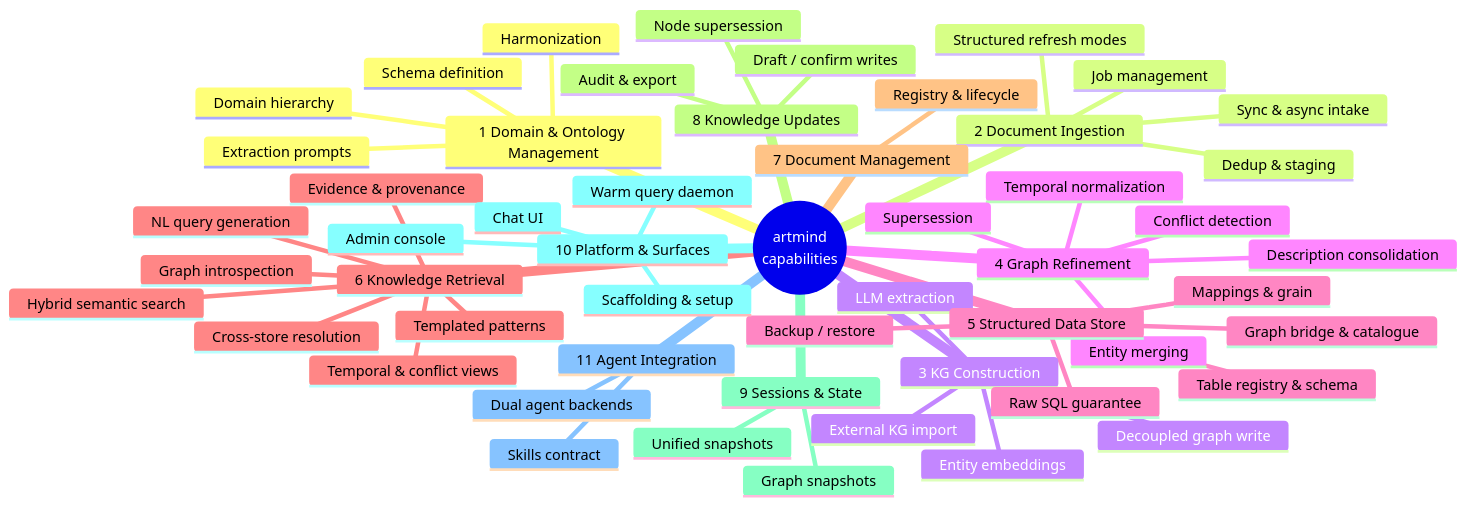
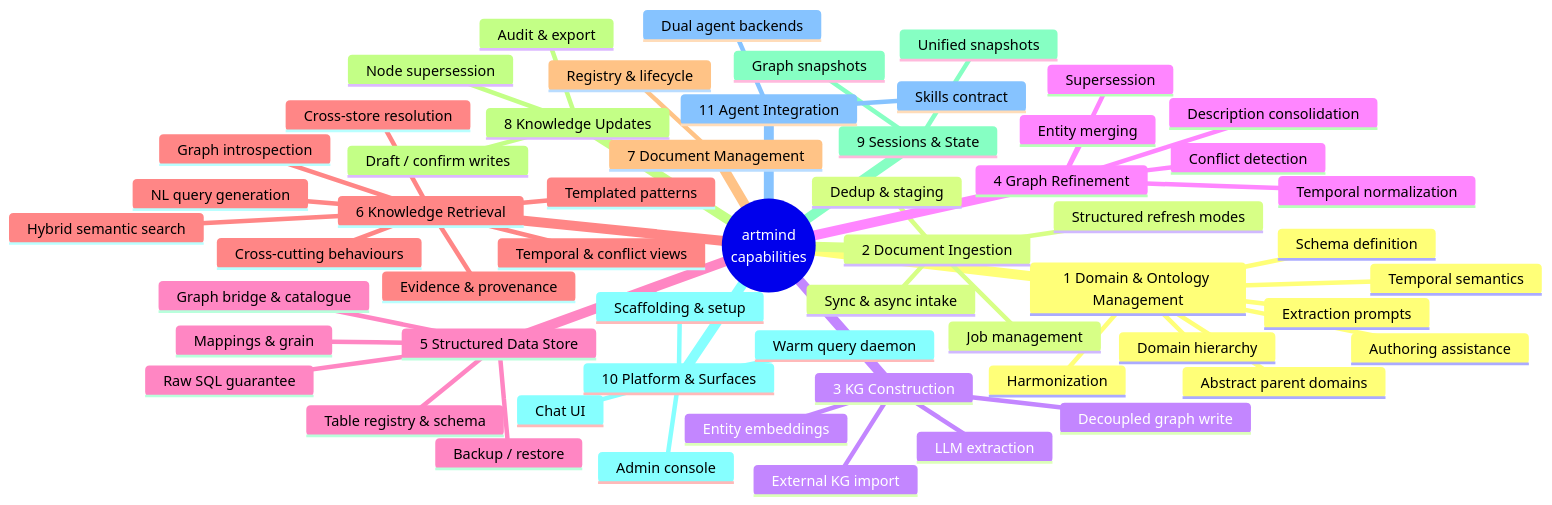
One commit to neurongraph/artmind9 changed the diagram in docs/CAPABILITIES.md. Above: the diagram before and after it, drawn with Mermaid. The commit also changed other lines of this file, not shown here.

````diff
--- a/docs/CAPABILITIES.md
+++ b/docs/CAPABILITIES.md
@@ -22,56 +28,60 @@
 ```mermaid
 mindmap
   root((artmind<br/>capabilities))
     1 Domain & Ontology Management
       Schema definition
       Domain hierarchy
       Extraction prompts
       Harmonization
+      Temporal semantics
+      Abstract parent domains
+      Authoring assistance
     2 Document Ingestion
       Sync & async intake
       Job management
       Dedup & staging
       Structured refresh modes
     3 KG Construction
       LLM extraction
       Decoupled graph write
       External KG import
       Entity embeddings
     4 Graph Refinement
       Entity merging
       Description consolidation
       Temporal normalization
       Conflict detection
       Supersession
     5 Structured Data Store
       Table registry & schema
       Raw SQL guarantee
       Mappings & grain
       Graph bridge & catalogue
       Backup / restore
     6 Knowledge Retrieval
       Graph introspection
       Templated patterns
       Hybrid semantic search
       NL query generation
       Evidence & provenance
       Temporal & conflict views
       Cross-store resolution
+      Cross-cutting behaviours
     7 Document Management
       Registry & lifecycle
     8 Knowledge Updates
       Draft / confirm writes
       Node supersession
       Audit & export
     9 Sessions & State
       Graph snapshots
       Unified snapshots
     10 Platform & Surfaces
       Scaffolding & setup
       Warm query daemon
       Chat UI
       Admin console
     11 Agent Integration
       Skills contract
       Dual agent backends
 ```
````
